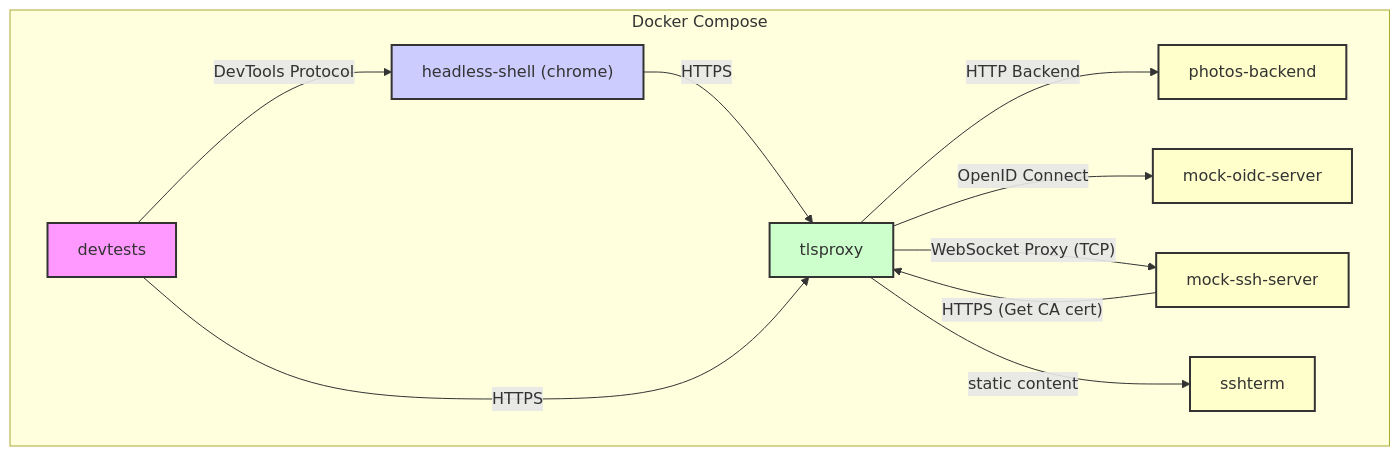
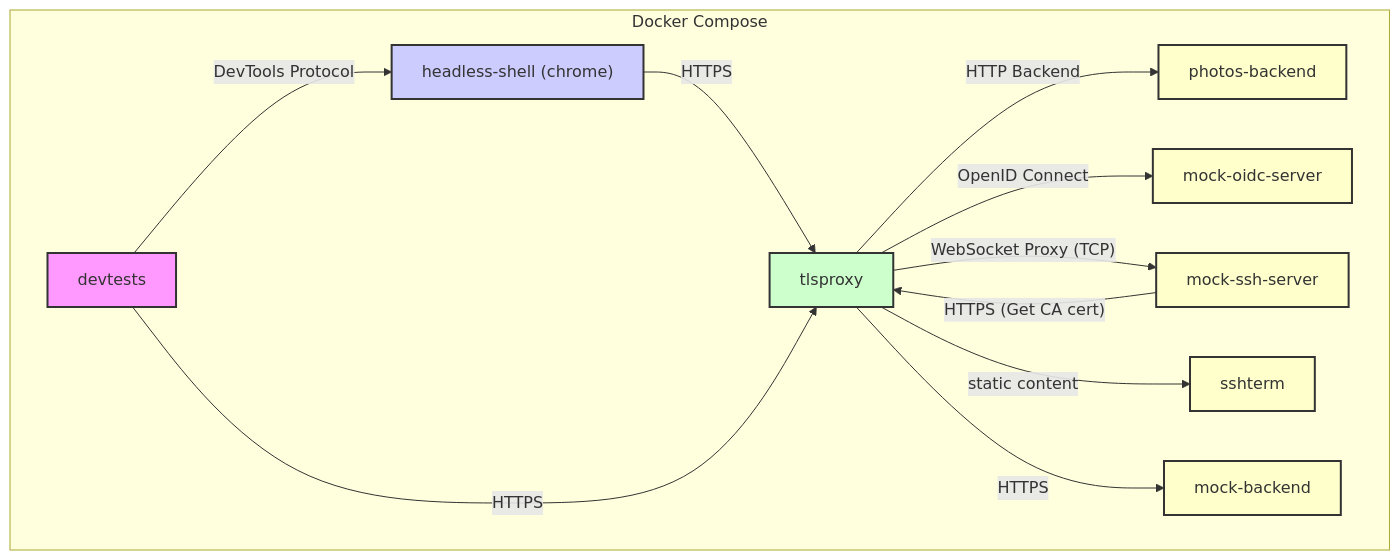
The diagram in README.md (c2FmZQ/integration-tests), drawn with Mermaid before and after one commit. The commit also changed other lines of this file and 5 other files, not shown here.

Commit message:
Add mock backend using tlsproxy/examples/backend

````diff
--- a/README.md
+++ b/README.md
@@ -9,21 +9,23 @@
 ```mermaid
 graph TD
     subgraph "Docker Compose"
         A[devtests] -->|DevTools Protocol| B["headless-shell (chrome)"];
         B -->|HTTPS| C[tlsproxy];
         A -->|HTTPS| C;
         C -->|HTTP Backend| D[photos-backend];
         C -->|"OpenID Connect"| E[mock-oidc-server];
         C -->|"WebSocket Proxy (TCP)"| F[mock-ssh-server];
         F -->|"HTTPS (Get CA cert)"| C;
         C -->|static content| G[sshterm];
+        C -->|HTTPS| H[mock-backend];
     end
 
     style A fill:#f9f,stroke:#333,stroke-width:2px
     style B fill:#ccf,stroke:#333,stroke-width:2px
     style C fill:#cfc,stroke:#333,stroke-width:2px
     style D fill:#ffc,stroke:#333,stroke-width:2px
     style E fill:#ffc,stroke:#333,stroke-width:2px
     style F fill:#ffc,stroke:#333,stroke-width:2px
     style G fill:#ffc,stroke:#333,stroke-width:2px
+    style H fill:#ffc,stroke:#333,stroke-width:2px
 ```
````
